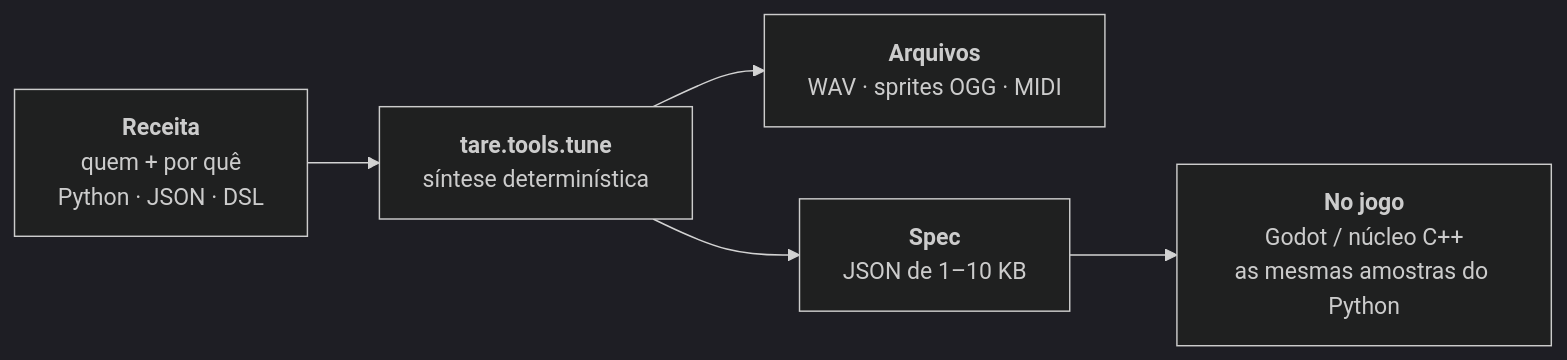
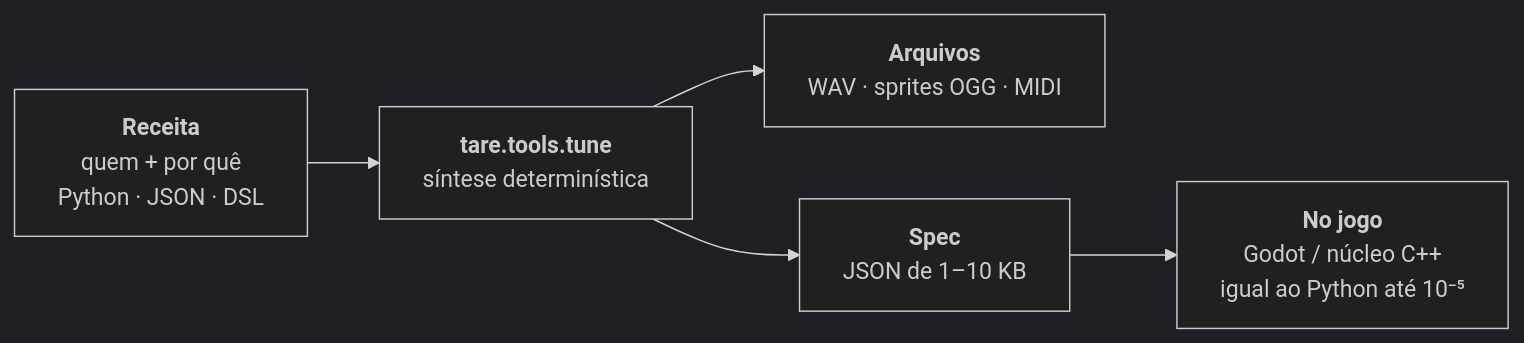
Before and after one commit to augusto-scarvalho/tare.tools.tune: the diagram in README.pt-BR.md, drawn with Mermaid (dark theme). The commit also changed other lines of this file and 5 other files, not shown here.

````diff
--- a/README.pt-BR.md
+++ b/README.pt-BR.md
@@ -81,7 +83,7 @@
 ```mermaid
 flowchart LR
     R["<b>Receita</b><br/>quem + por quê<br/>Python · JSON · DSL"] --> T["<b>tare.tools.tune</b><br/>síntese determinística"]
     T --> F["<b>Arquivos</b><br/>WAV · sprites OGG · MIDI"]
     T --> S["<b>Spec</b><br/>JSON de 1–10 KB"]
-    S --> G["<b>No jogo</b><br/>Godot / núcleo C++<br/>as mesmas amostras do Python"]
+    S --> G["<b>No jogo</b><br/>Godot / núcleo C++<br/>igual ao Python até 10⁻⁵"]
 ```
````
